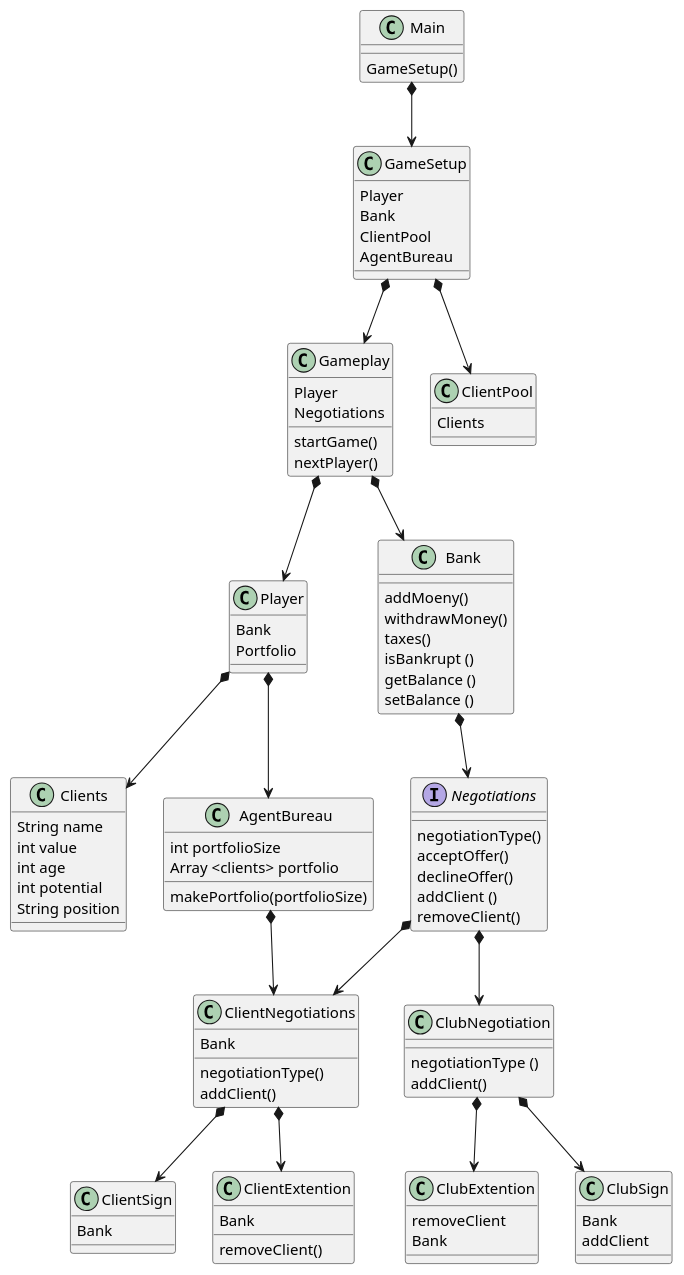
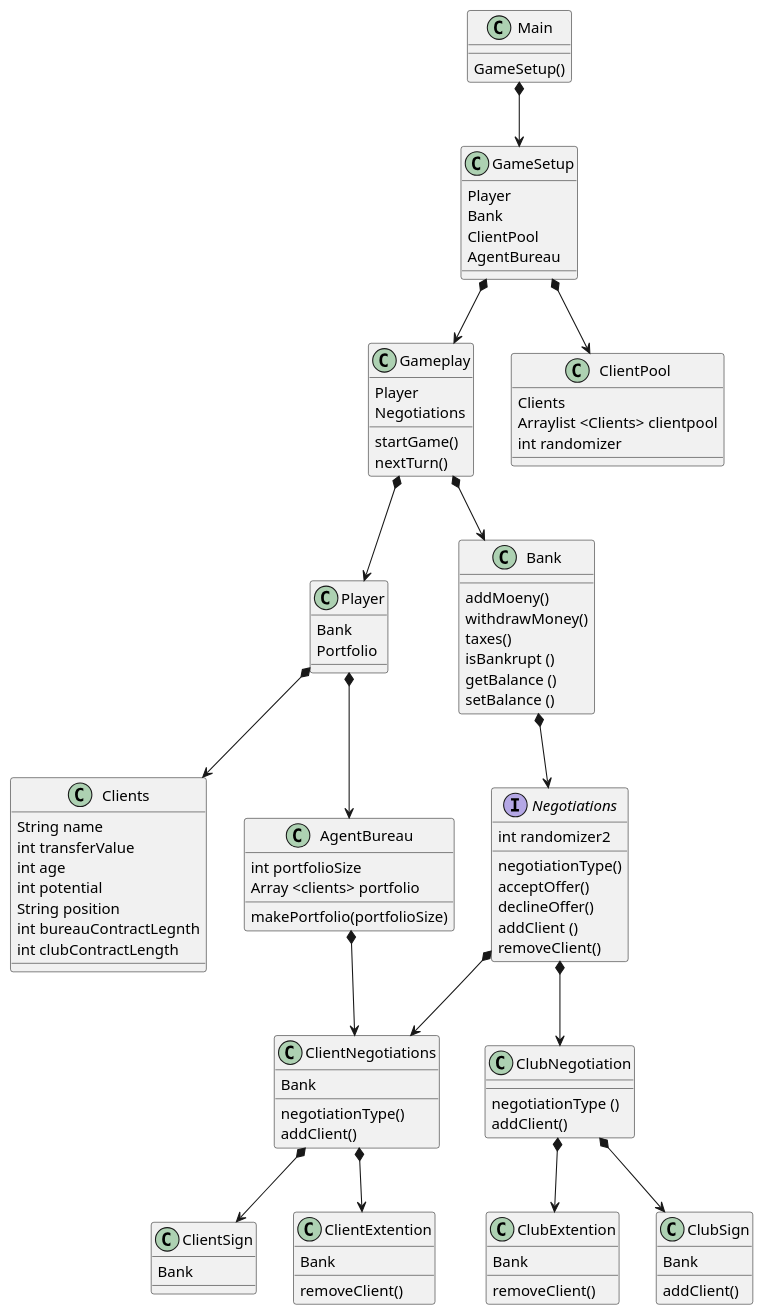
One commit to Hessdk/ICE_Project changed the diagram in src/Class Diagram.puml. Above: the diagram before and after it, drawn with PlantUML.

Commit message:
Diagrams

```diff
--- a/src/Class Diagram.puml
+++ b/src/Class Diagram.puml
@@ -1,118 +1,126 @@
 @startuml
 'https://plantuml.com/class-diagram
 
 Main *--> GameSetup
 GameSetup *--> Gameplay
 GameSetup *--> ClientPool
 Gameplay *--> Player
 Gameplay *--> Bank
 Bank *--> Negotiations
 Negotiations *--> ClientNegotiations
 Negotiations *--> ClubNegotiation
 ClientNegotiations *--> ClientSign
 ClientNegotiations *--> ClientExtention
 ClubNegotiation *--> ClubExtention
 ClubNegotiation *--> ClubSign
 Player *--> Clients
 Player *--> AgentBureau
 AgentBureau *--> ClientNegotiations
 
 class Main {
 GameSetup()
 }
 
 class GameSetup{
 Player
 Bank
 ClientPool
 AgentBureau
 }
 
 class Gameplay {
 Player
 Negotiations
 startGame()
-nextPlayer()
+nextTurn()
 }
 class Player {
 Bank
 Portfolio
 }
 
 class ClientPool {
 Clients
+Arraylist <Clients> clientpool
+int randomizer
 }
 
 
 interface Negotiations{
 negotiationType()
 acceptOffer()
 declineOffer()
 addClient ()
 removeClient()
+int randomizer2
+
 }
 
 class ClientNegotiations{
 negotiationType()
 addClient()
 Bank
 
 }
 class ClubNegotiation{
 negotiationType ()
 addClient()
 
 }
 class Bank{
 addMoeny()
 withdrawMoney()
 taxes()
 isBankrupt ()
 getBalance ()
 setBalance ()
 }
 
 class Clients{
 String name
-int value
+int transferValue
 int age
 int potential
 String position
+int bureauContractLegnth
+int clubContractLength
+
+
 
 }
 
 class AgentBureau{
 int portfolioSize
 Array <clients> portfolio
 makePortfolio(portfolioSize)
 
 
 }
 class ClientSign{
 Bank
 }
 
 class ClientExtention{
 Bank
 removeClient()
 }
 
 class ClubSign{
 Bank
-addClient
+addClient()
 }
 
 class ClubExtention{
-removeClient
+removeClient()
 Bank
 }
 
 
 
 
 
 
 
 
 
 @enduml
```
